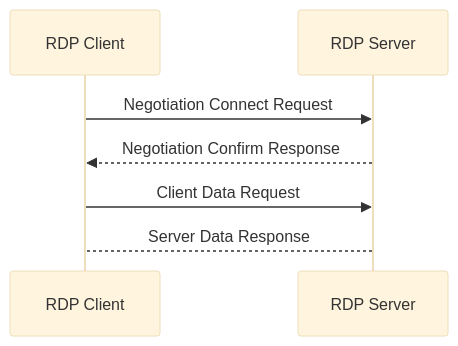
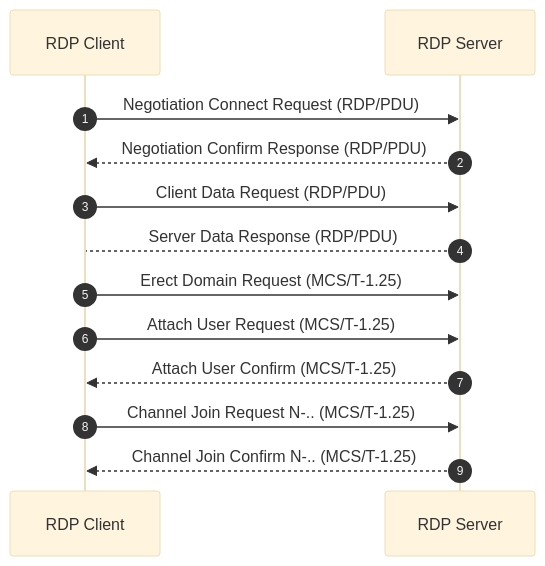
The diagram in README.md (code-by-meal/go-rdp), drawn with Mermaid (base theme) before and after one commit. The commit also changed other lines of this file, not shown here.

Commit message:
action: update README

````diff
--- a/README.md
+++ b/README.md
@@ -24,11 +6,18 @@
 ```mermaid
 sequenceDiagram
+    autonumber
     participant RDP Client
     participant RDP Server
 
-    RDP Client->>RDP Server: Negotiation Connect Request 
-    RDP Server-->>RDP Client: Negotiation Confirm Response
+    RDP Client->>RDP Server: Negotiation Connect Request (RDP/PDU)
+    RDP Server-->>RDP Client: Negotiation Confirm Response (RDP/PDU)
 
-    RDP Client->>RDP Server: Client Data Request 
-    RDP Server-->RDP Client: Server Data Response
+    RDP Client->>RDP Server: Client Data Request (RDP/PDU)
+    RDP Server-->RDP Client: Server Data Response (RDP/PDU)
+
+    RDP Client->>RDP Server: Erect Domain Request (MCS/T-1.25)
+    RDP Client->>RDP Server: Attach User Request (MCS/T-1.25)
+    RDP Server-->>RDP Client: Attach User Confirm (MCS/T-1.25)
+    RDP Client->>RDP Server: Channel Join Request N-.. (MCS/T-1.25)
+    RDP Server-->>RDP Client: Channel Join Confirm N-.. (MCS/T-1.25)
 ```
````
